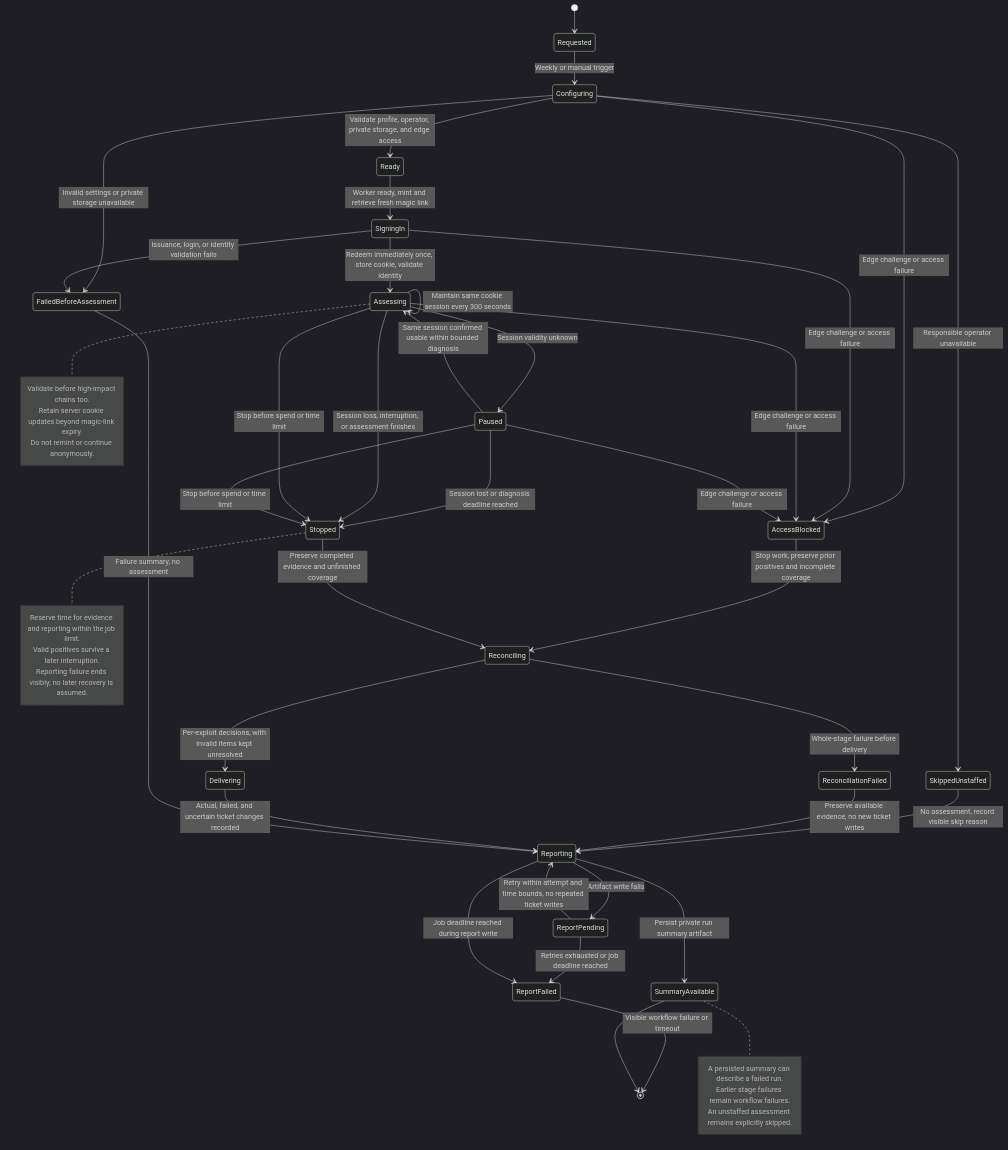
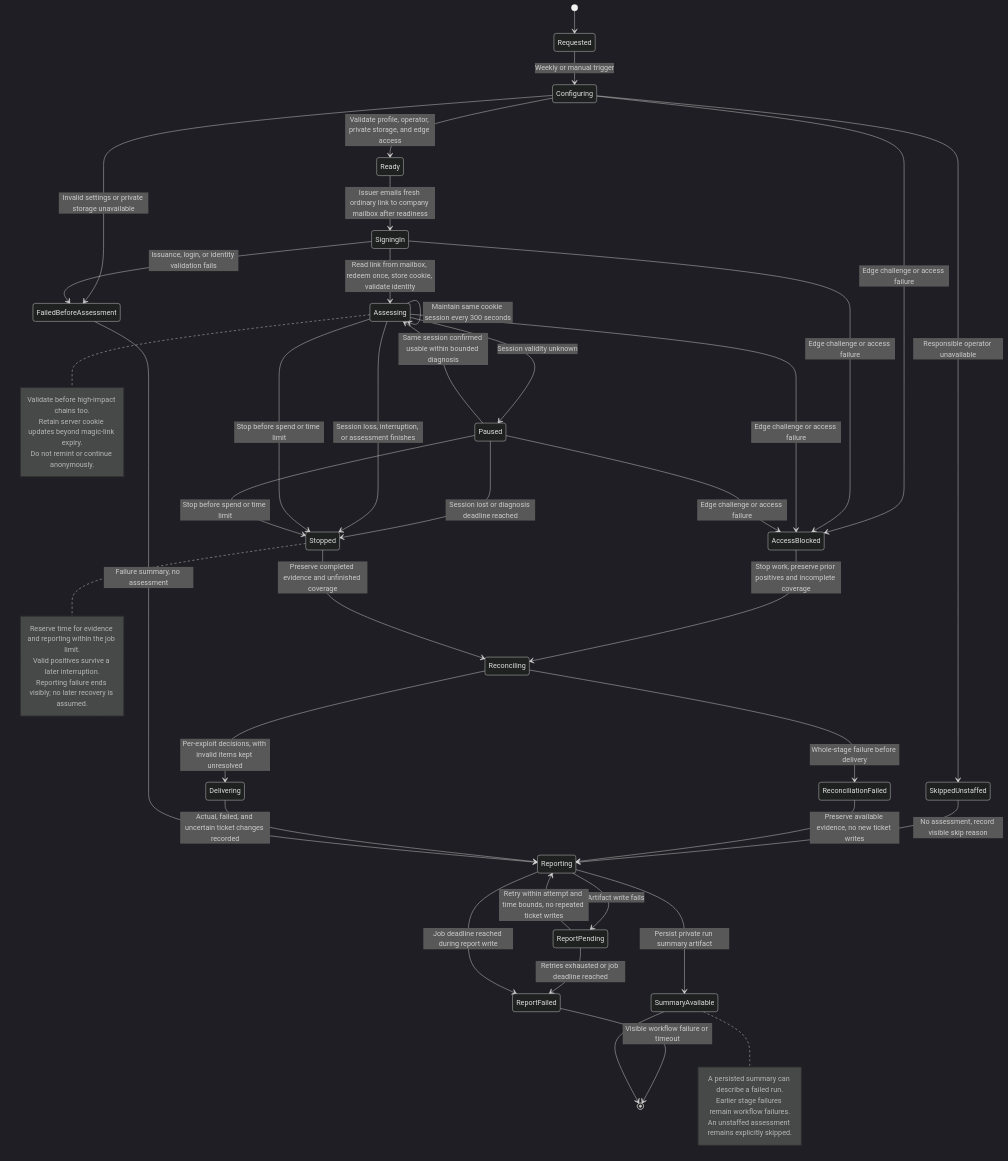
The diagram in product-docs/attack-runner.md (foxglove/actions), drawn with Mermaid (dark theme) before and after one commit. The commit also changed other lines of this file and 4 other files, not shown here.

````diff
--- a/product-docs/attack-runner.md
+++ b/product-docs/attack-runner.md
@@ -82,53 +86,53 @@
 ```mermaid
 stateDiagram-v2
     [*] --> Requested
     Requested --> Configuring: Weekly or manual trigger
     Configuring --> SkippedUnstaffed: Responsible operator unavailable
     SkippedUnstaffed --> Reporting: No assessment, record visible skip reason
     Configuring --> Ready: Validate profile, operator, private storage, and edge access
     Configuring --> FailedBeforeAssessment: Invalid settings or private storage unavailable
     Configuring --> AccessBlocked: Edge challenge or access failure
-    Ready --> SigningIn: Worker ready, mint and retrieve fresh magic link
-    SigningIn --> Assessing: Redeem immediately once, store cookie, validate identity
+    Ready --> SigningIn: Issuer emails fresh ordinary link to company mailbox after readiness
+    SigningIn --> Assessing: Read link from mailbox, redeem once, store cookie, validate identity
     SigningIn --> FailedBeforeAssessment: Issuance, login, or identity validation fails
     SigningIn --> AccessBlocked: Edge challenge or access failure
     Assessing --> Assessing: Maintain same cookie session every 300 seconds
     Assessing --> Paused: Session validity unknown
     Assessing --> AccessBlocked: Edge challenge or access failure
     Paused --> Assessing: Same session confirmed usable within bounded diagnosis
     Paused --> Stopped: Session lost or diagnosis deadline reached
     Paused --> AccessBlocked: Edge challenge or access failure
     AccessBlocked --> Reconciling: Stop work, preserve prior positives and incomplete coverage
     Assessing --> Stopped: Session loss, interruption, or assessment finishes
     Assessing --> Stopped: Stop before spend or time limit
     Paused --> Stopped: Stop before spend or time limit
     Stopped --> Reconciling: Preserve completed evidence and unfinished coverage
     Reconciling --> Delivering: Per-exploit decisions, with invalid items kept unresolved
     Reconciling --> ReconciliationFailed: Whole-stage failure before delivery
     ReconciliationFailed --> Reporting: Preserve available evidence, no new ticket writes
     Delivering --> Reporting: Actual, failed, and uncertain ticket changes recorded
     FailedBeforeAssessment --> Reporting: Failure summary, no assessment
     Reporting --> SummaryAvailable: Persist private run summary artifact
     Reporting --> ReportPending: Artifact write fails
     ReportPending --> Reporting: Retry within attempt and time bounds, no repeated ticket writes
     ReportPending --> ReportFailed: Retries exhausted or job deadline reached
     Reporting --> ReportFailed: Job deadline reached during report write
     ReportFailed --> [*]: Visible workflow failure or timeout
     SummaryAvailable --> [*]
 
     note right of Assessing
         Validate before high-impact chains too.
         Retain server cookie updates beyond magic-link expiry.
         Do not remint or continue anonymously.
     end note
     note right of SummaryAvailable
         A persisted summary can describe a failed run.
         Earlier stage failures remain workflow failures.
         An unstaffed assessment remains explicitly skipped.
     end note
     note right of Stopped
         Reserve time for evidence and reporting within the job limit.
         Valid positives survive a later interruption.
         Reporting failure ends visibly; no later recovery is assumed.
     end note
 ```
````
